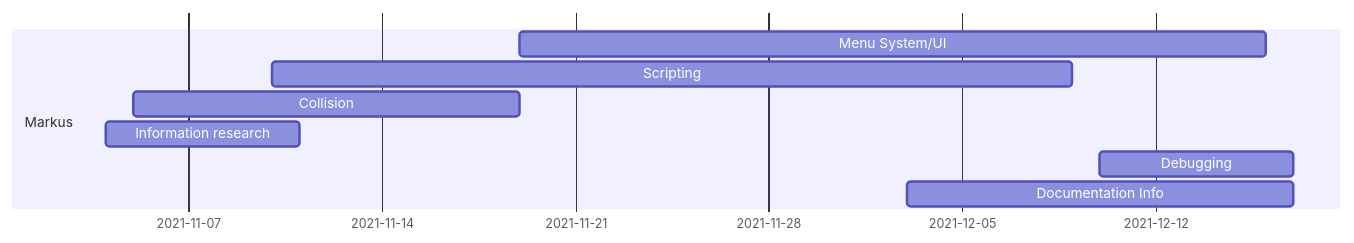
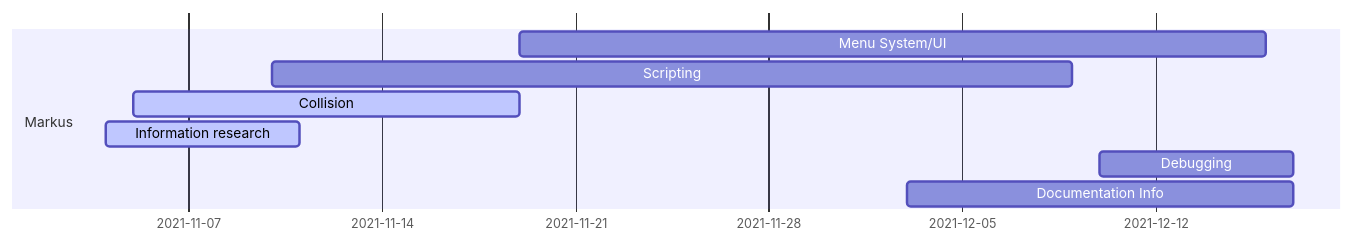
The sixth of 7 diagrams in docs/ProjectPlan.md (IlkkaTakala/Eril-Engine), drawn with Mermaid before and after one commit. The commit also changed other lines of this file and 2 other files, not shown here.

Commit message:
Updated timelines and added readme

````diff
--- a/docs/ProjectPlan.md
+++ b/docs/ProjectPlan.md
@@ -109,12 +109,12 @@
 ```mermaid
 gantt
 dateFormat  DD-MM
 
 section Markus
 Menu System/UI          :         mades1, 19-11, 16-12
 Scripting               :         mades2, 10-11, 09-12
-Collision               :         mades3, 05-11, 19-11
-Information research    :         mades6, 04-11, 11-11
+Collision               :active,  mades3, 05-11, 19-11
+Information research    :active,  mades6, 04-11, 11-11
 Debugging               :         mades8, 10-12, 17-12
 Documentation Info      :         mades9, 03-12, 17-12
 ```
````
